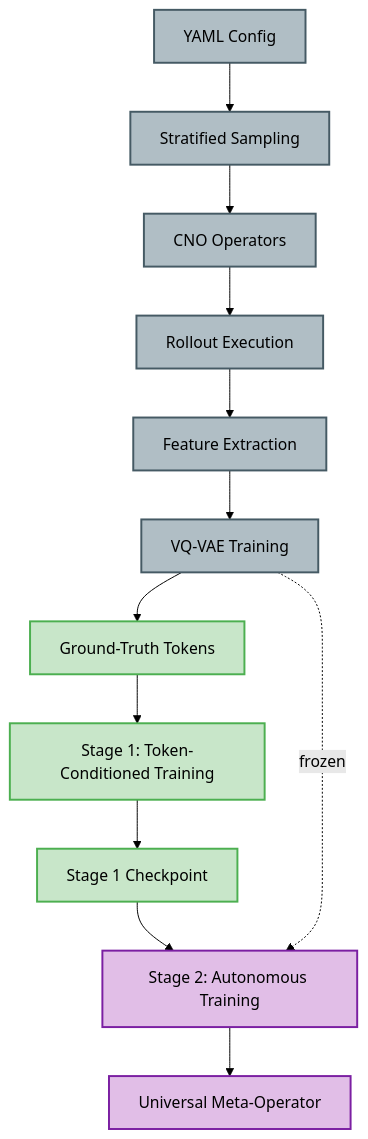
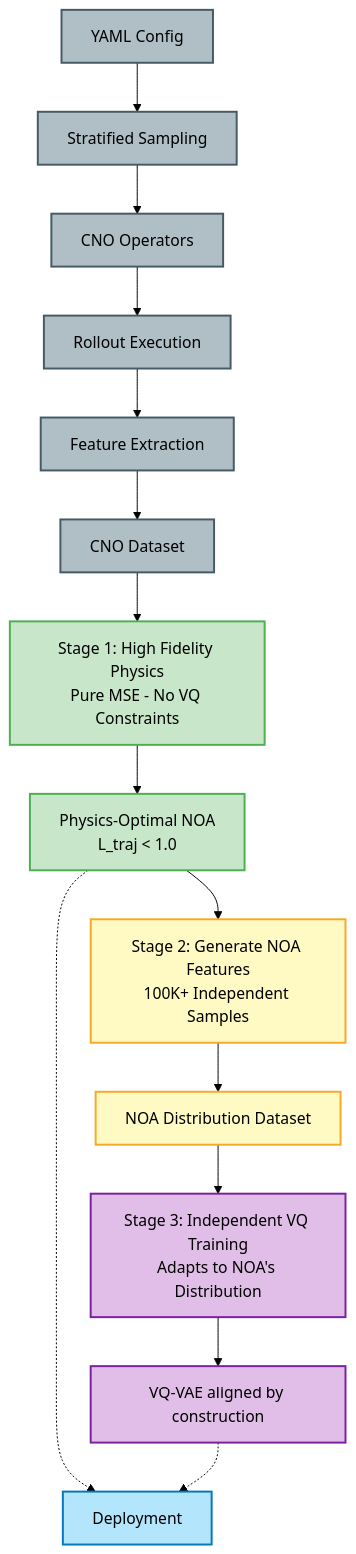
One commit to dgabriele/spinlock changed the diagram in README.md. Above: the diagram before and after it, drawn with Mermaid (forest theme). The commit also changed other lines of this file and 20 other files, not shown here.

````diff
--- a/README.md
+++ b/README.md
@@ -171,24 +180,32 @@
 ```mermaid
 flowchart TB
     Config[YAML Config] --> Sampling[Stratified Sampling]
     Sampling --> CNOs[CNO Operators]
     CNOs --> Rollouts[Rollout Execution]
     Rollouts --> Extract[Feature Extraction]
-    Extract --> VQVAE[VQ-VAE Training]
+    Extract --> CNOData[CNO Dataset]
 
-    VQVAE --> GTTokens[Ground-Truth Tokens]
-    GTTokens --> Stage1[Stage 1: Token-Conditioned Training]
-    Stage1 --> Checkpoint[Stage 1 Checkpoint]
+    CNOData --> Stage1[Stage 1: High Fidelity Physics<br/>Pure MSE - No VQ Constraints]
+    Stage1 --> NOAModel[Physics-Optimal NOA<br/>L_traj < 1.0]
 
-    Checkpoint --> Stage2[Stage 2: Autonomous Training]
-    VQVAE -.->|frozen| Stage2
-    Stage2 --> Final[Universal Meta-Operator]
+    NOAModel --> Stage2[Stage 2: Generate NOA Features<br/>100K+ Independent Samples]
+    Stage2 --> NOAFeatures[NOA Distribution Dataset]
 
-    classDef phase1 fill:#b0bec5,stroke:#455a64,stroke-width:2px,color:#000
-    classDef phase2stage1 fill:#c8e6c9,stroke:#4caf50,stroke-width:2px,color:#000
-    classDef phase2stage2 fill:#e1bee7,stroke:#7b1fa2,stroke-width:2px,color:#000
+    NOAFeatures --> Stage3[Stage 3: Independent VQ Training<br/>Adapts to NOA's Distribution]
+    Stage3 --> VQVAEModel[VQ-VAE aligned by construction]
 
-    class Config,Sampling,CNOs,Rollouts,Extract,VQVAE phase1
-    class GTTokens,Stage1,Checkpoint phase2stage1
-    class Stage2,Final phase2stage2
+    NOAModel -.-> Deployment[Deployment]
+    VQVAEModel -.-> Deployment
+
+    classDef phase0 fill:#b0bec5,stroke:#455a64,stroke-width:2px,color:#000
+    classDef stage1 fill:#c8e6c9,stroke:#4caf50,stroke-width:2px,color:#000
+    classDef stage2 fill:#fff9c4,stroke:#f9a825,stroke-width:2px,color:#000
+    classDef stage3 fill:#e1bee7,stroke:#7b1fa2,stroke-width:2px,color:#000
+    classDef deployment fill:#b3e5fc,stroke:#0277bd,stroke-width:2px,color:#000
+
+    class Config,Sampling,CNOs,Rollouts,Extract,CNOData phase0
+    class Stage1,NOAModel stage1
+    class Stage2,NOAFeatures stage2
+    class Stage3,VQVAEModel stage3
+    class Deployment deployment
 ```
````
